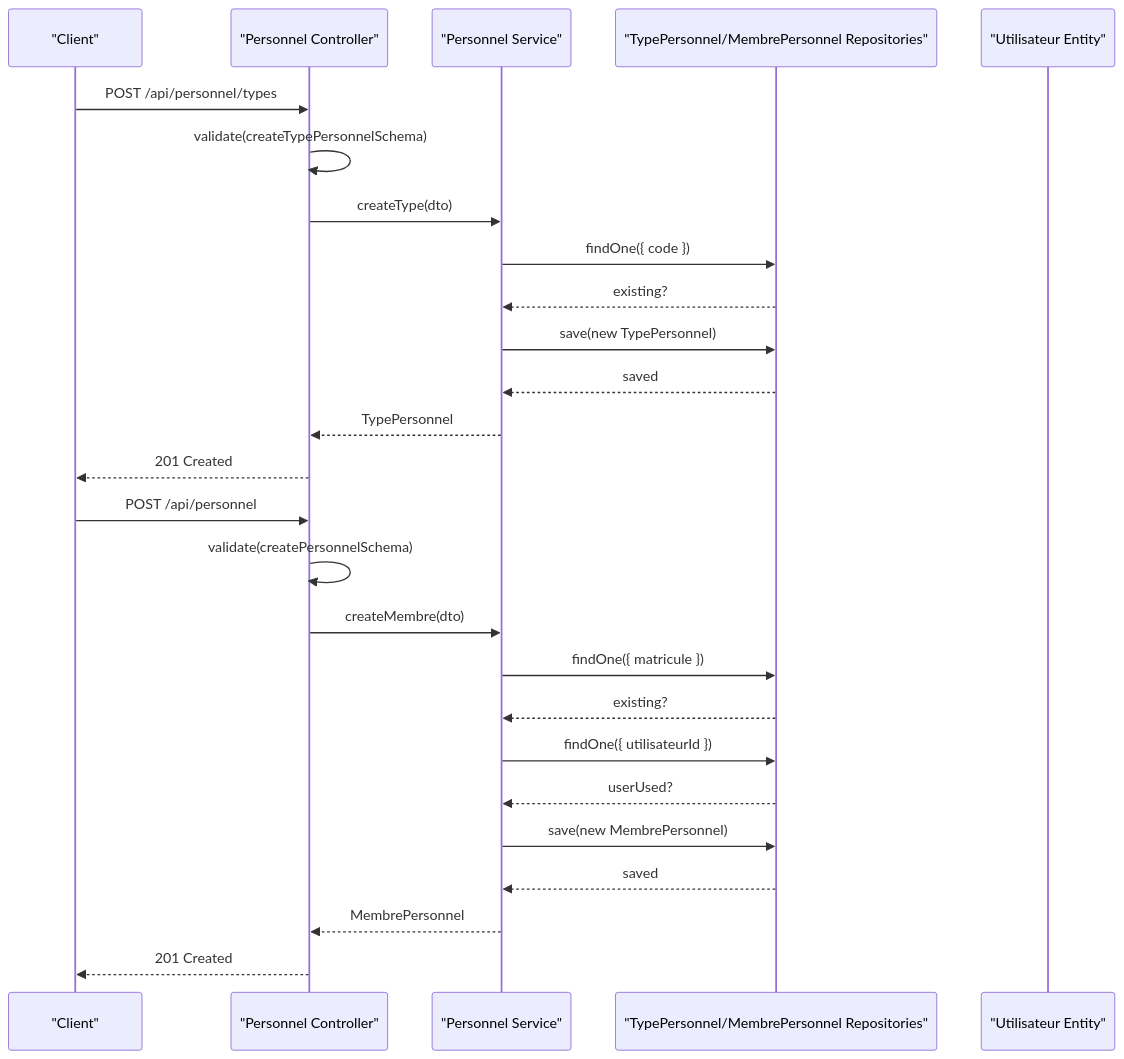
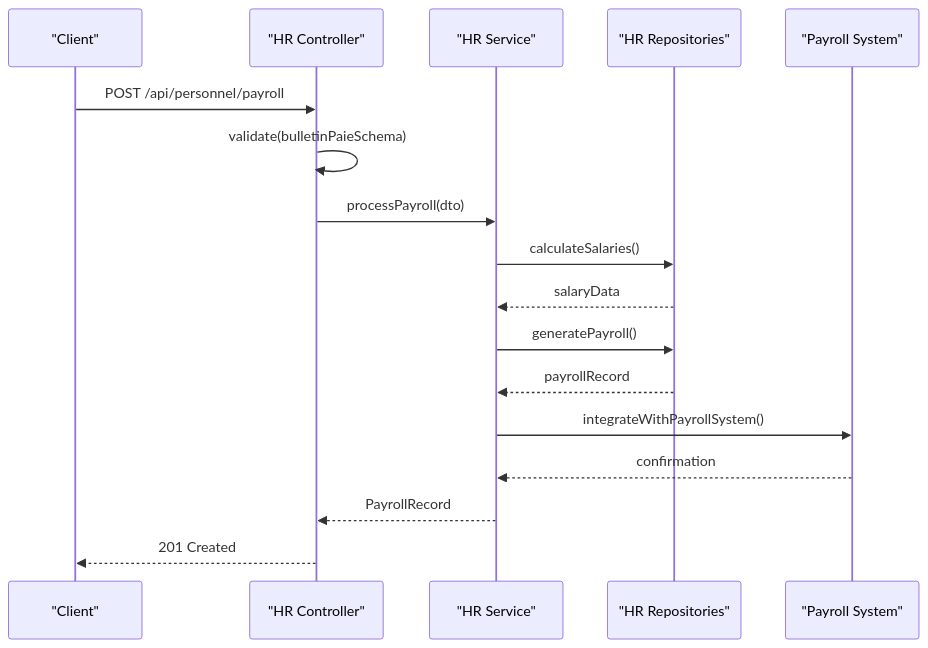
One commit to franckylab/eLISAschool changed the second of 8 diagrams in .qoder/repowiki/en/content/Modules & Features/Administrative Modules/Personnel & Human Resources.md. Above: the diagram before and after it, drawn with Mermaid. The commit also changed other lines of this file and 236 other files, not shown here.

````diff
--- a/.qoder/repowiki/en/content/Modules & Features/Administrative Modules/Personnel & Human Resources.md
+++ b/.qoder/repowiki/en/content/Modules & Features/Administrative Modules/Personnel & Human Resources.md
@@ -114,28 +164,19 @@
 ```mermaid
 sequenceDiagram
 participant Client as "Client"
-participant Ctrl as "Personnel Controller"
-participant Svc as "Personnel Service"
-participant Repo as "TypePersonnel/MembrePersonnel Repositories"
-participant User as "Utilisateur Entity"
-Client->>Ctrl : POST /api/personnel/types
-Ctrl->>Ctrl : validate(createTypePersonnelSchema)
-Ctrl->>Svc : createType(dto)
-Svc->>Repo : findOne({ code })
-Repo-->>Svc : existing?
-Svc->>Repo : save(new TypePersonnel)
-Repo-->>Svc : saved
-Svc-->>Ctrl : TypePersonnel
-Ctrl-->>Client : 201 Created
-Client->>Ctrl : POST /api/personnel
-Ctrl->>Ctrl : validate(createPersonnelSchema)
-Ctrl->>Svc : createMembre(dto)
-Svc->>Repo : findOne({ matricule })
-Repo-->>Svc : existing?
-Svc->>Repo : findOne({ utilisateurId })
-Repo-->>Svc : userUsed?
-Svc->>Repo : save(new MembrePersonnel)
-Repo-->>Svc : saved
-Svc-->>Ctrl : MembrePersonnel
+participant Ctrl as "HR Controller"
+participant Svc as "HR Service"
+participant Repo as "HR Repositories"
+participant Payroll as "Payroll System"
+Client->>Ctrl : POST /api/personnel/payroll
+Ctrl->>Ctrl : validate(bulletinPaieSchema)
+Ctrl->>Svc : processPayroll(dto)
+Svc->>Repo : calculateSalaries()
+Repo-->>Svc : salaryData
+Svc->>Repo : generatePayroll()
+Repo-->>Svc : payrollRecord
+Svc->>Payroll : integrateWithPayrollSystem()
+Payroll-->>Svc : confirmation
+Svc-->>Ctrl : PayrollRecord
 Ctrl-->>Client : 201 Created
 ```
````
